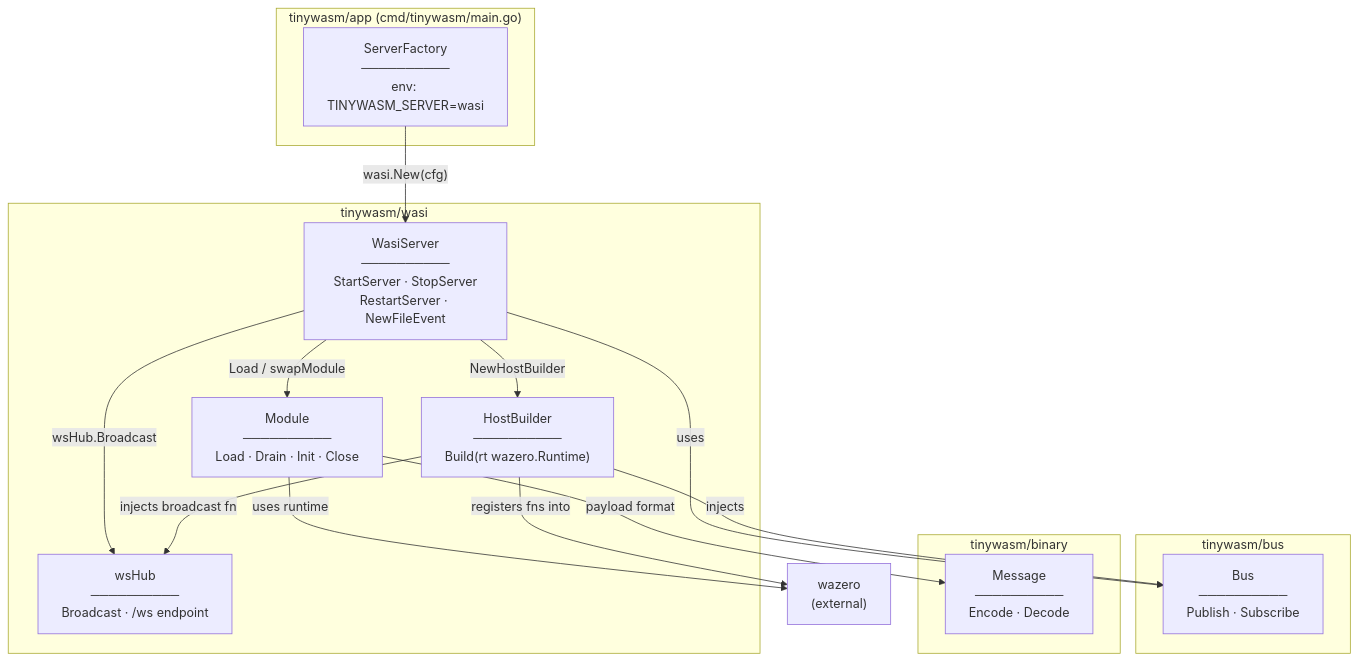
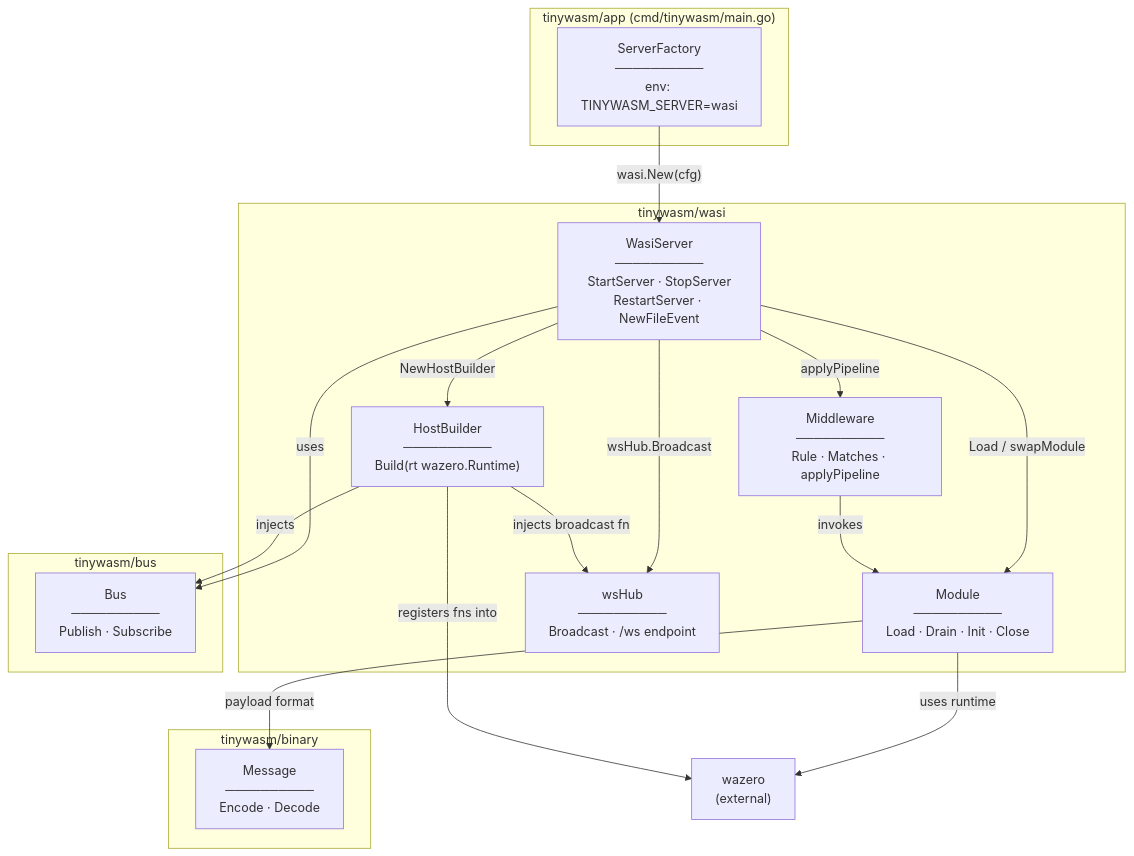
The first of 2 diagrams in docs/ARCHITECTURE.md (tinywasm/wasi), drawn with Mermaid before and after one commit. The commit also changed other lines of this file and 27 other files, not shown here.

````diff
--- a/docs/ARCHITECTURE.md
+++ b/docs/ARCHITECTURE.md
@@ -5,34 +5,37 @@
 ```mermaid
 graph TD
     subgraph app["tinywasm/app (cmd/tinywasm/main.go)"]
         FAC["ServerFactory\n──────────\nenv: TINYWASM_SERVER=wasi"]
     end
 
     subgraph wasi["tinywasm/wasi"]
         SRV["WasiServer\n──────────\nStartServer · StopServer\nRestartServer · NewFileEvent"]
+        MW["Middleware\n──────────\nRule · Matches · applyPipeline"]
         M["Module\n──────────\nLoad · Drain · Init · Close"]
         HB["HostBuilder\n──────────\nBuild(rt wazero.Runtime)"]
         HUB["wsHub\n──────────\nBroadcast · /ws endpoint"]
     end
 
     subgraph bus["tinywasm/bus"]
         B["Bus\n──────────\nPublish · Subscribe"]
     end
 
     subgraph binary["tinywasm/binary"]
         BIN["Message\n──────────\nEncode · Decode"]
     end
 
     WZ["wazero\n(external)"]
 
     FAC -->|"wasi.New(cfg)"| SRV
     SRV -->|"Load / swapModule"| M
     SRV -->|"NewHostBuilder"| HB
     SRV -->|"wsHub.Broadcast"| HUB
     SRV -->|"uses"| B
+    SRV -->|"applyPipeline"| MW
+    MW -->|"invokes"| M
     M   -->|"uses runtime"| WZ
     HB  -->|"registers fns into"| WZ
     HB  -->|"injects"| B
     HB  -->|"injects broadcast fn"| HUB
     M   -->|"payload format"| BIN
 ```
````
